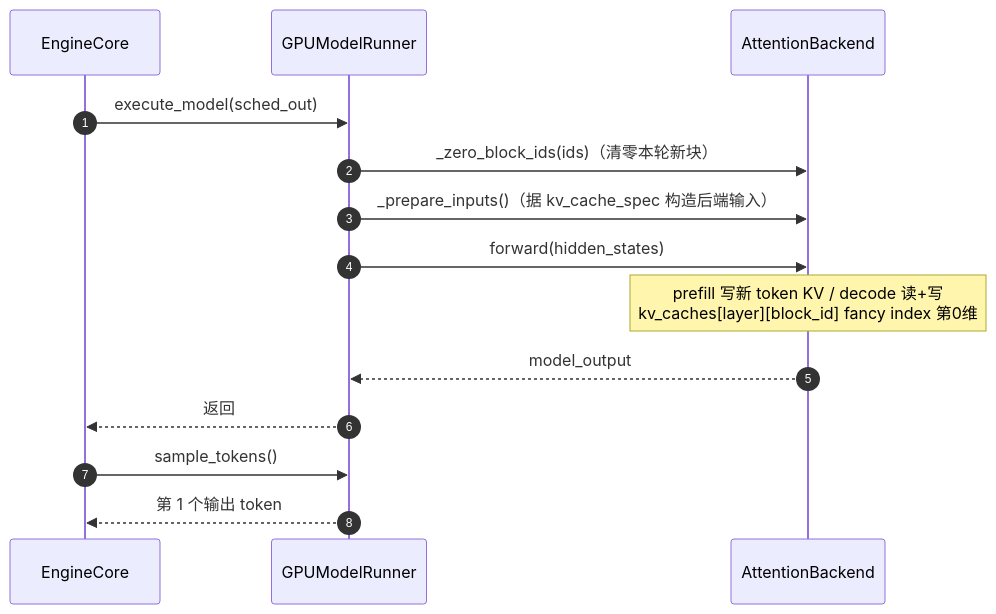
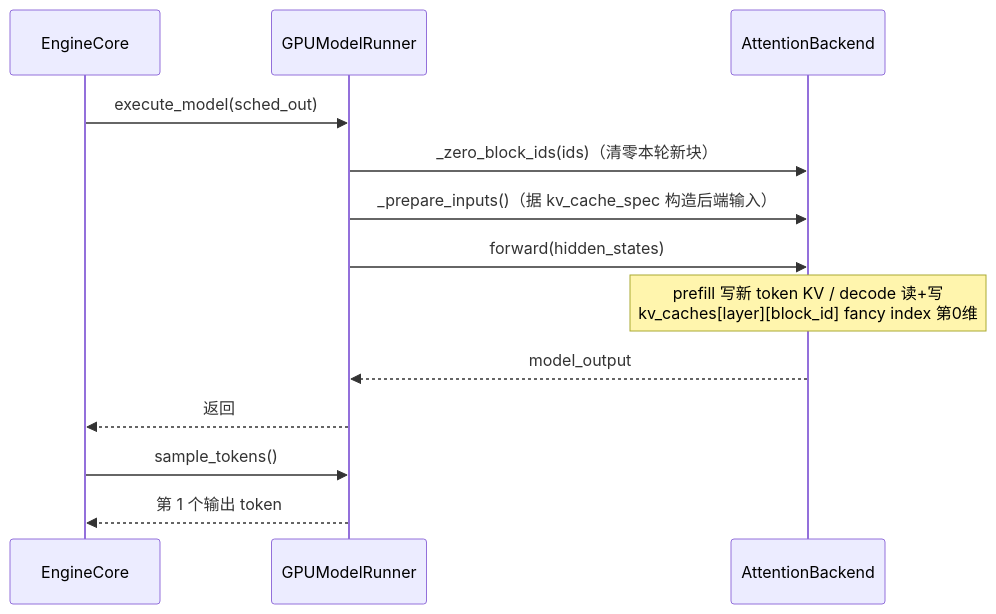
The sixth of 8 diagrams in vllm/v1/core/kvcache_docs/0_end_to_end_sequence.md (GoCHug/vllm), drawn with Mermaid before and after one commit. The commit also changed other lines of this file and 2 other files, not shown here.

````diff
--- a/vllm/v1/core/kvcache_docs/0_end_to_end_sequence.md
+++ b/vllm/v1/core/kvcache_docs/0_end_to_end_sequence.md
@@ -372,17 +376,16 @@
 ```mermaid
 %%{init: {"themeVariables": {"actorFontSize": "11px", "messageFontSize": "11px", "noteFontSize": "11px"}, "sequence": {"actorMargin": 40, "messageMargin": 16, "noteMargin": 8, "boxMargin": 8, "mirrorActors": true}}}%%
 sequenceDiagram
-    autonumber
     participant EngineCore
     participant GPUModelRunner
     participant AttentionBackend
     EngineCore->>GPUModelRunner: execute_model(sched_out)
     GPUModelRunner->>AttentionBackend: _zero_block_ids(ids)（清零本轮新块）
     GPUModelRunner->>AttentionBackend: _prepare_inputs()（据 kv_cache_spec 构造后端输入）
     GPUModelRunner->>AttentionBackend: forward(hidden_states)
     Note over AttentionBackend: prefill 写新 token KV / decode 读+写<br/>kv_caches[layer][block_id] fancy index 第0维
     AttentionBackend-->>GPUModelRunner: model_output
     GPUModelRunner-->>EngineCore: 返回
     EngineCore->>GPUModelRunner: sample_tokens()
     GPUModelRunner-->>EngineCore: 第 1 个输出 token
 ```
````
